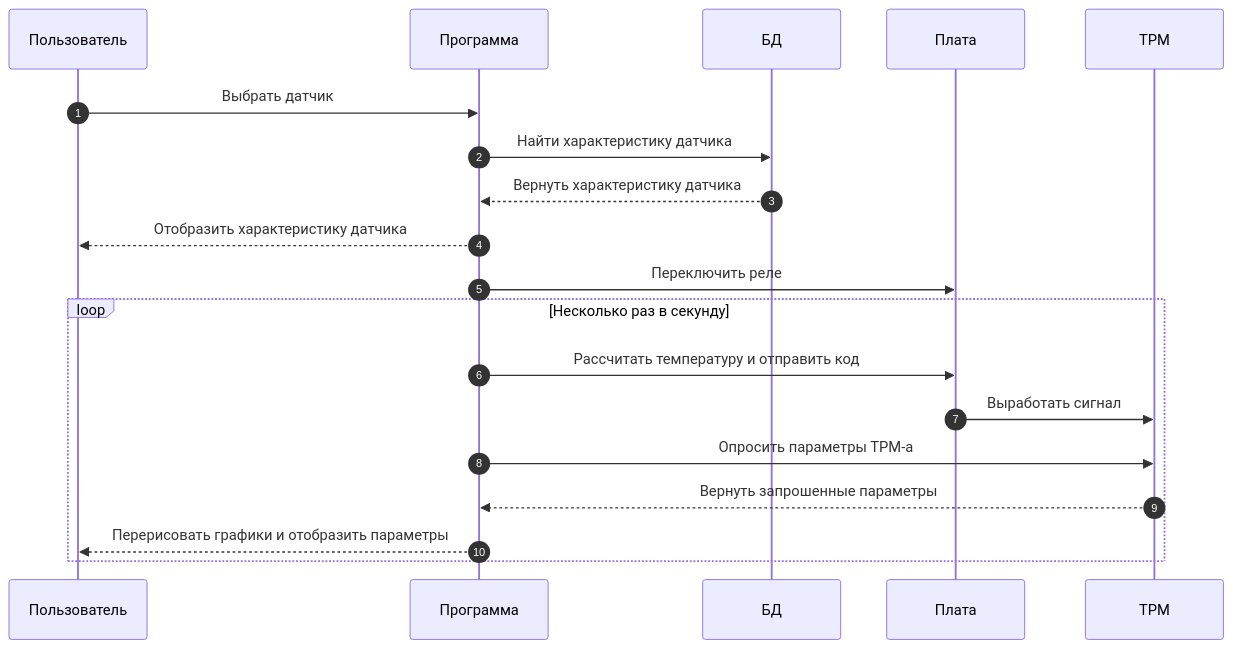
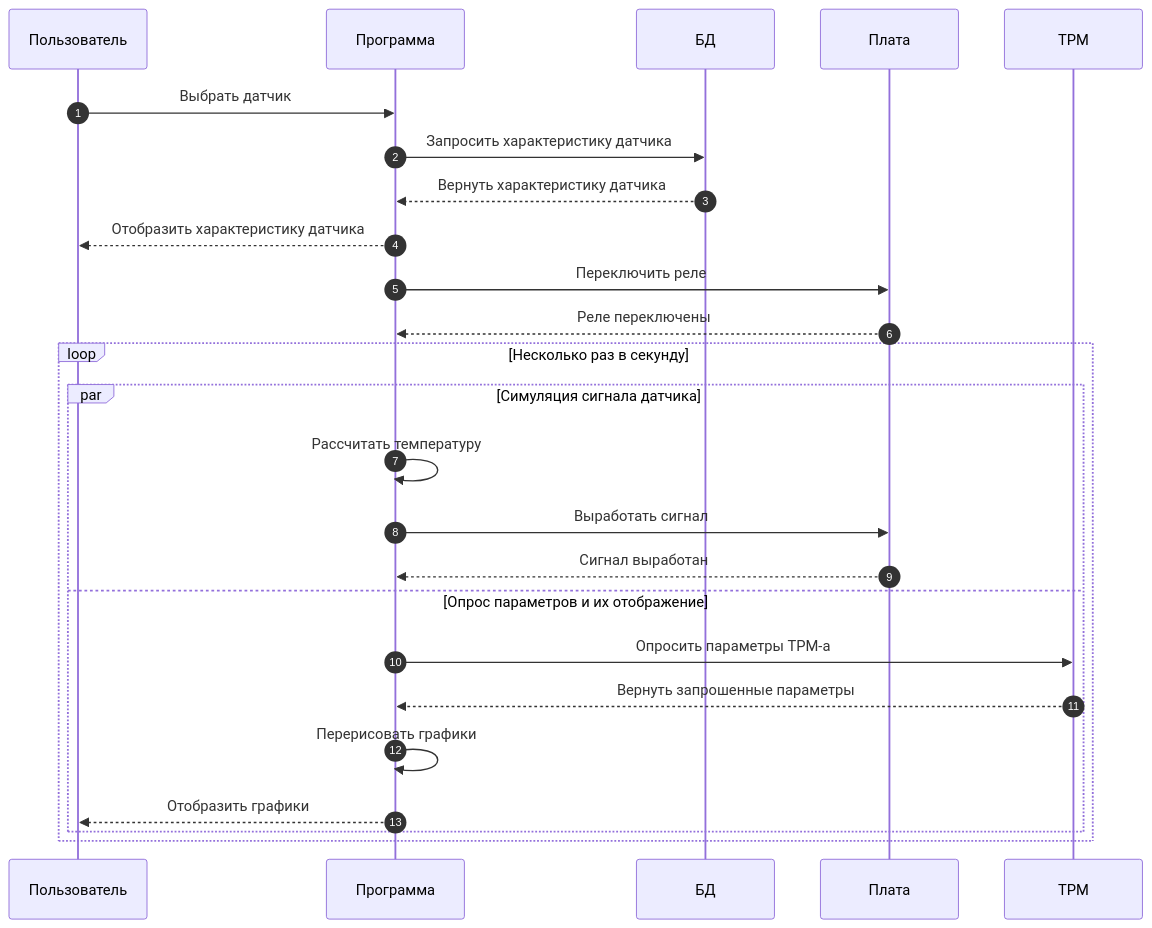
One commit to Marik28/dissertation changed the first of 3 diagrams in data/diagrams/диаграммы последовательностей.md. Above: the diagram before and after it, drawn with Mermaid.

Commit message:
update diagram

````diff
--- a/data/diagrams/диаграммы последовательностей.md
+++ b/data/diagrams/диаграммы последовательностей.md
@@ -5,21 +5,27 @@
 ```mermaid
 sequenceDiagram
     autonumber
     participant Пользователь
     participant Программа
     participant БД
     participant Плата
     participant ТРМ
     Пользователь ->> Программа: Выбрать датчик
-    Программа ->> БД: Найти характеристику датчика
+    Программа ->> БД: Запросить характеристику датчика
     БД -->> Программа: Вернуть характеристику датчика
     Программа -->> Пользователь: Отобразить характеристику датчика
     Программа ->> Плата: Переключить реле
+    Плата -->> Программа : Реле переключены
     loop Несколько раз в секунду
-        Программа ->> Плата: Расcчитать температуру и отправить код
-        Плата ->> ТРМ: Выработать сигнал
-        Программа ->> ТРМ: Опросить параметры ТРМ-а
-        ТРМ -->> Программа: Вернуть запрошенные параметры
-        Программа -->> Пользователь: Перерисовать графики и отобразить параметры
+        par Симуляция сигнала датчика
+            Программа ->> Программа: Расcчитать температуру
+            Программа ->> Плата: Выработать сигнал
+            Плата -->> Программа: Сигнал выработан
+        and Опрос параметров и их отображение
+            Программа ->> ТРМ: Опросить параметры ТРМ-а
+            ТРМ -->> Программа: Вернуть запрошенные параметры
+            Программа ->> Программа: Перерисовать графики
+            Программа -->> Пользователь : Отобразить графики 
+        end
     end
 ```
````
